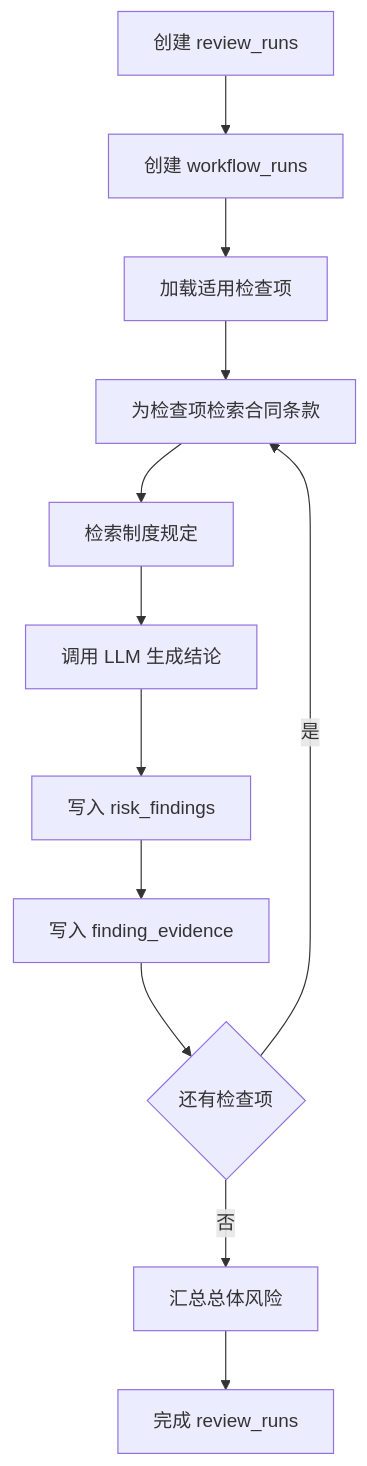
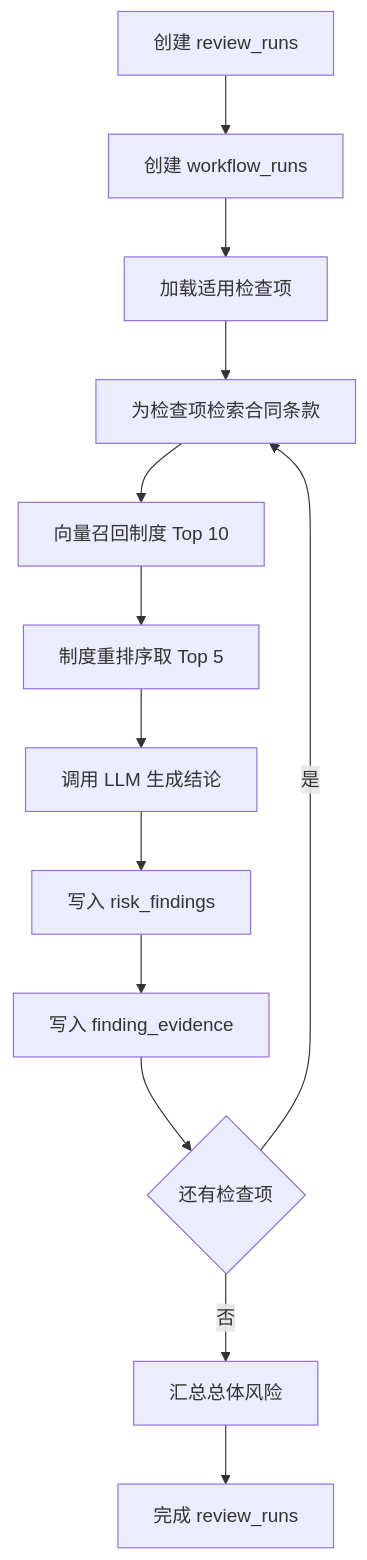
Before and after one commit to Damei-you/Intelligent-approval-assistance-platform: the second of 2 diagrams in docs/database-design.md, drawn with Mermaid. The commit also changed other lines of this file and 16 other files, not shown here.

````diff
--- a/docs/database-design.md
+++ b/docs/database-design.md
@@ -222,14 +224,15 @@
 ```mermaid
 flowchart TD
     A[创建 review_runs] --> B[创建 workflow_runs]
     B --> C[加载适用检查项]
     C --> D[为检查项检索合同条款]
-    D --> E[检索制度规定]
-    E --> F[调用 LLM 生成结论]
+    D --> E[向量召回制度 Top 10]
+    E --> R[制度重排序取 Top 5]
+    R --> F[调用 LLM 生成结论]
     F --> G[写入 risk_findings]
     G --> H[写入 finding_evidence]
     H --> I{还有检查项}
     I -- 是 --> D
     I -- 否 --> J[汇总总体风险]
     J --> K[完成 review_runs]
 ```
````
